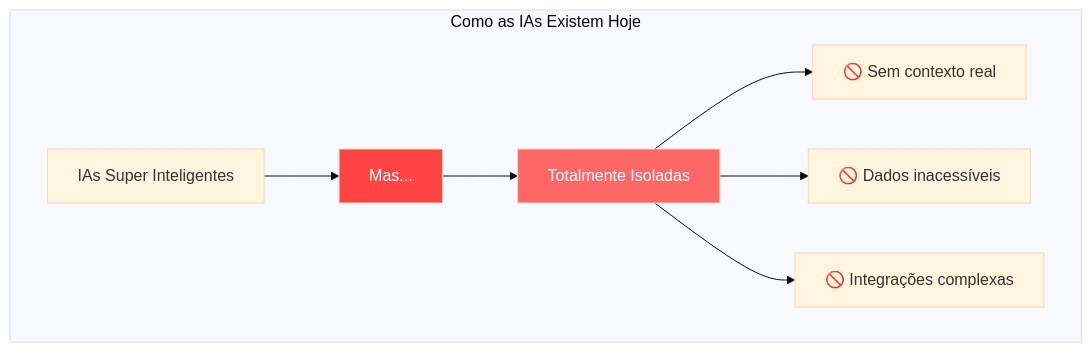
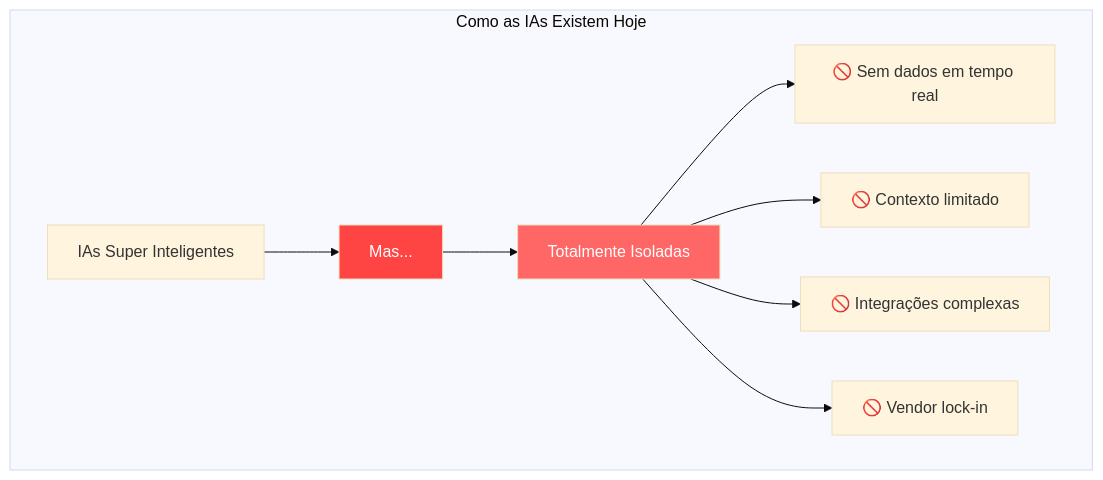
Before and after one commit to felipepimentel/my-public-notes: the first of 28 diagrams in AI/Comunicação/MCP/00-mcp-presentation-zero to hero.md, drawn with Mermaid (base theme). The commit also changed other lines of this file, not shown here.

````diff
--- a/AI/Comunicação/MCP/00-mcp-presentation-zero to hero.md
+++ b/AI/Comunicação/MCP/00-mcp-presentation-zero to hero.md
@@ -9,16 +9,17 @@
 ```mermaid
 graph TD
     subgraph "Como as IAs Existem Hoje"
         IAs[IAs Super Inteligentes] 
         BUT[Mas...] 
         ISO[Totalmente Isoladas]
         IAs --> BUT --> ISO
         
-        ISO --> PROB1[🚫 Sem contexto real]
-        ISO --> PROB2[🚫 Dados inacessíveis]
+        ISO --> PROB1[🚫 Sem dados em tempo real]
+        ISO --> PROB2[🚫 Contexto limitado]
         ISO --> PROB3[🚫 Integrações complexas]
+        ISO --> PROB4[🚫 Vendor lock-in]
     end
     
     style BUT fill:#ff4444,color:#fff
     style ISO fill:#ff6666,color:#fff
 ```
````
